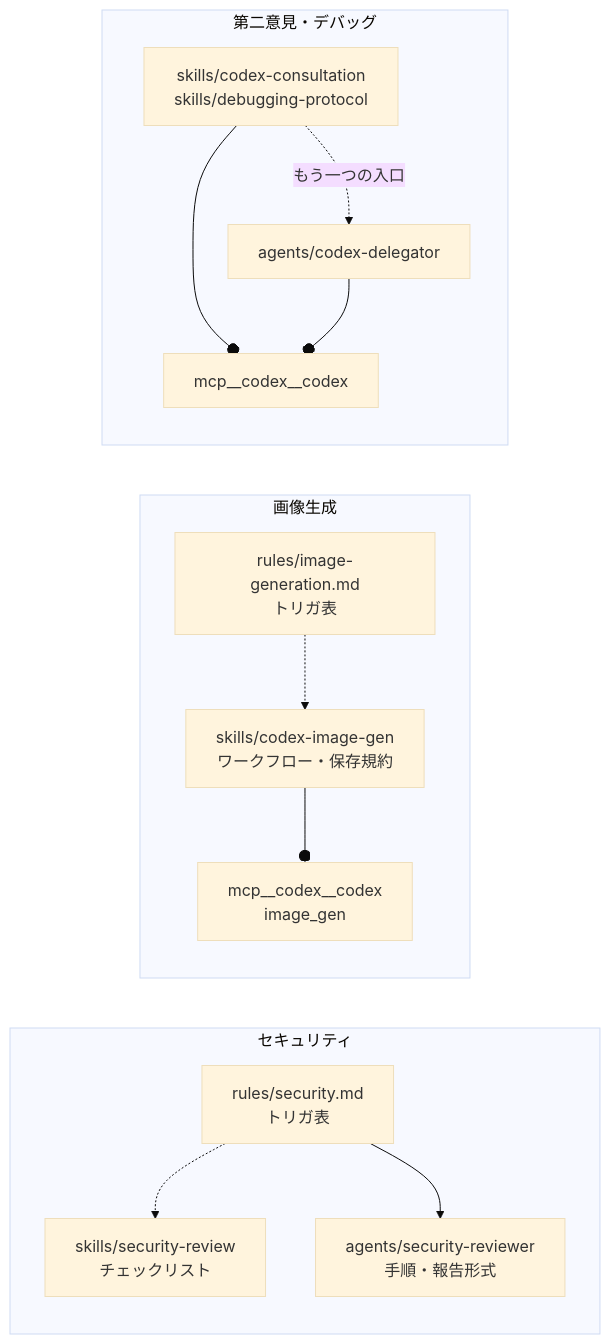
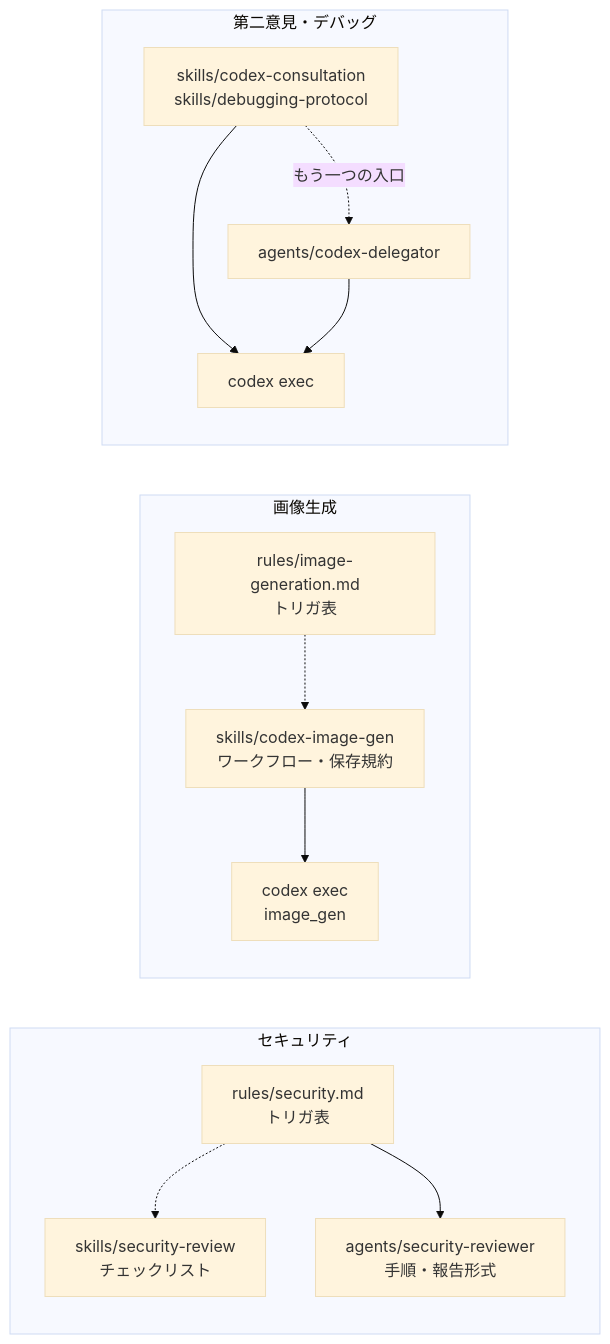
The third of 4 diagrams in docs/claude-architecture.md (sardonyx0827/dotfiles), drawn with Mermaid (base theme) before and after one commit. The commit also changed other lines of this file and 13 other files, not shown here.

First line of the commit message:
refactor(codex): reach Codex through codex exec

````diff
--- a/docs/claude-architecture.md
+++ b/docs/claude-architecture.md
@@ -229,18 +236,18 @@
 ```mermaid
 flowchart LR
     subgraph SEC["セキュリティ"]
         R1["rules/security.md<br/>トリガ表"] -.-> K1["skills/security-review<br/>チェックリスト"]
         R1 --> A1["agents/security-reviewer<br/>手順・報告形式"]
     end
 
     subgraph IMG["画像生成"]
         R2["rules/image-generation.md<br/>トリガ表"] -.-> K2["skills/codex-image-gen<br/>ワークフロー・保存規約"]
-        K2 --o M2["mcp__codex__codex<br/>image_gen"]
+        K2 --> M2["codex exec<br/>image_gen"]
     end
 
     subgraph CX["第二意見・デバッグ"]
-        K3["skills/codex-consultation<br/>skills/debugging-protocol"] --o M3["mcp__codex__codex"]
+        K3["skills/codex-consultation<br/>skills/debugging-protocol"] --> M3["codex exec"]
         K3 -.->|"もう一つの入口"| A3["agents/codex-delegator"]
-        A3 --o M3
+        A3 --> M3
     end
 ```
````
